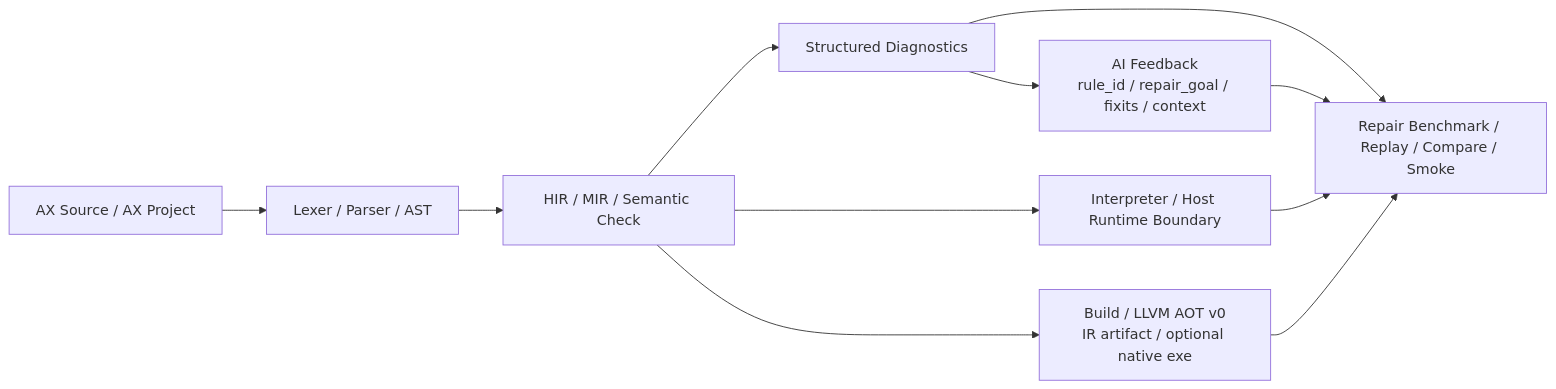
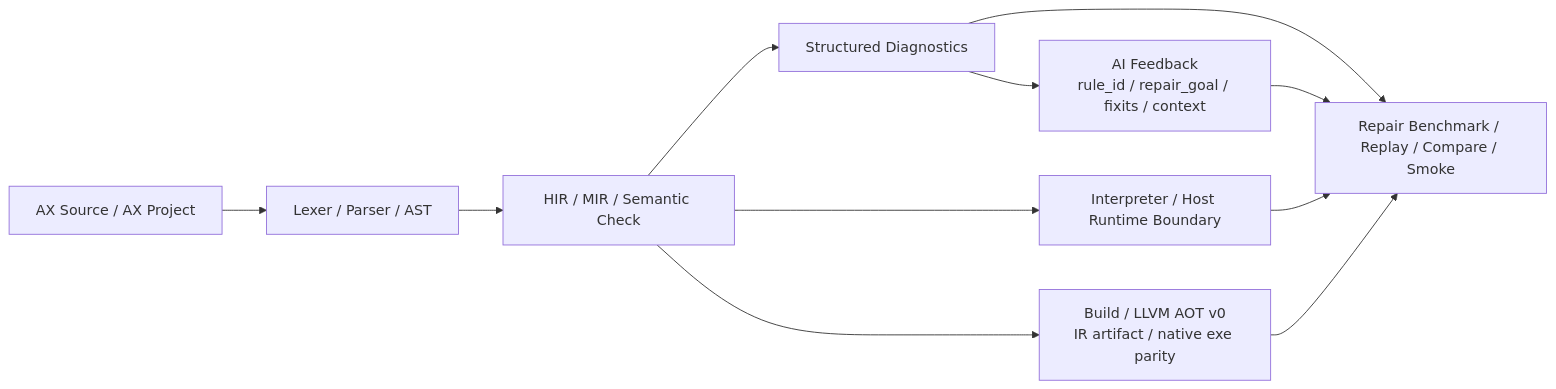
Before and after one commit to AX-FDN/AX: the diagram in README.md, drawn with Mermaid. The commit also changed other lines of this file and 16 other files, not shown here.

````diff
--- a/README.md
+++ b/README.md
@@ -216,13 +224,13 @@
 ```mermaid
 flowchart LR
     A["AX Source / AX Project"] --> B["Lexer / Parser / AST"]
     B --> C["HIR / MIR / Semantic Check"]
     C --> D["Structured Diagnostics"]
     D --> E["AI Feedback<br/>rule_id / repair_goal / fixits / context"]
     C --> F["Interpreter / Host Runtime Boundary"]
-    C --> H["Build / LLVM AOT v0<br/>IR artifact / optional native exe"]
+    C --> H["Build / LLVM AOT v0<br/>IR artifact / native exe parity"]
     D --> G["Repair Benchmark / Replay / Compare / Smoke"]
     E --> G
     F --> G
     H --> G
 ```
````
